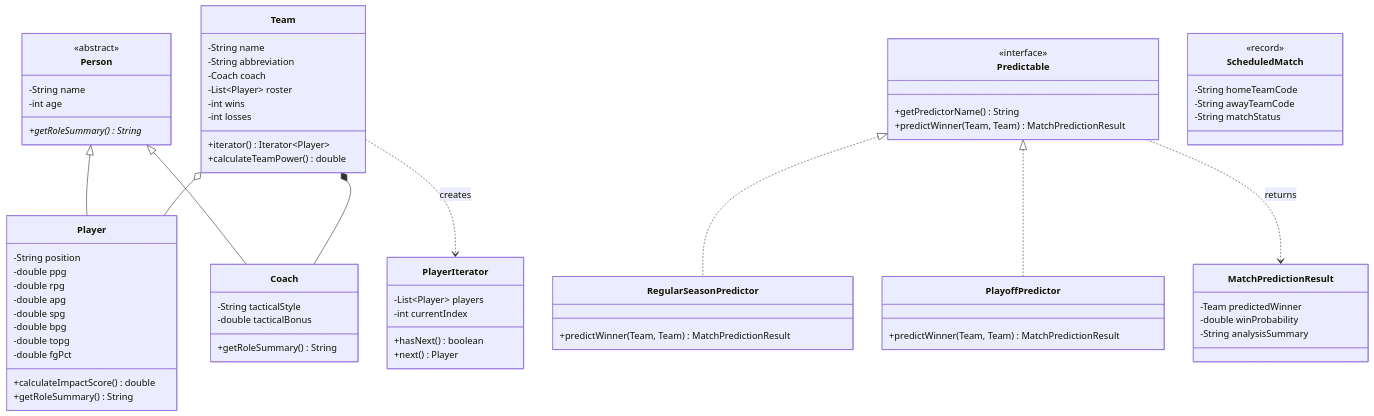
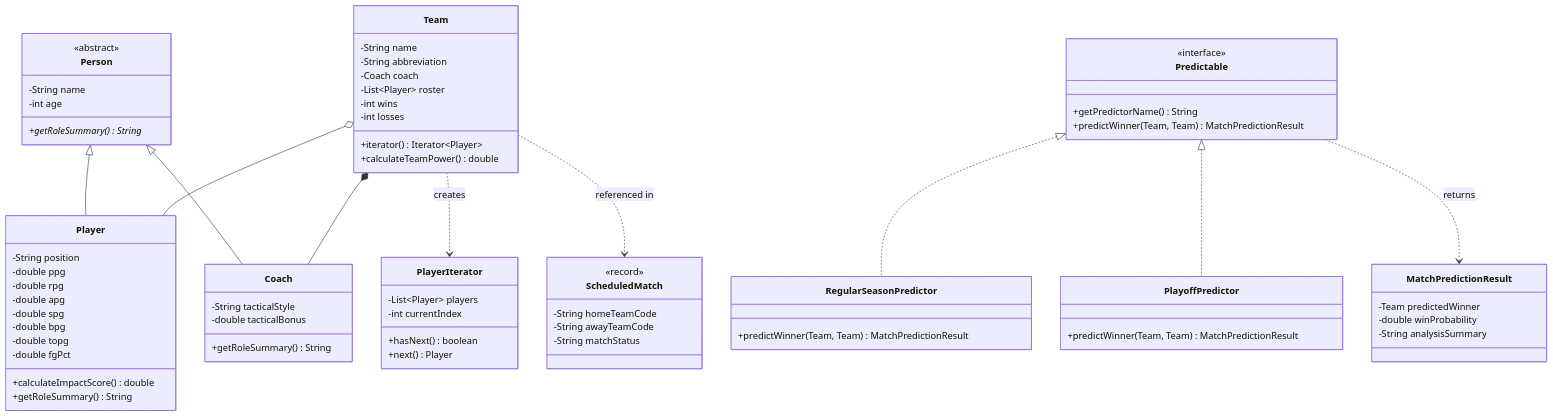
The diagram in README.md (Berkayblgr/nba-oop-match-predictor), drawn with Mermaid before and after one commit. The commit also changed other lines of this file, not shown here.

Commit message:
docs: update project structure tree und UML diagram in README

````diff
--- a/README.md
+++ b/README.md
@@ -18,73 +18,74 @@
 ```mermaid
 classDiagram
     class Person {
         <<abstract>>
         -String name
         -int age
         +getRoleSummary()* String
     }
     class Player {
         -String position
         -double ppg
         -double rpg
         -double apg
         -double spg
         -double bpg
         -double topg
         -double fgPct
         +calculateImpactScore() double
         +getRoleSummary() String
     }
     class Coach {
         -String tacticalStyle
         -double tacticalBonus
         +getRoleSummary() String
     }
     class Team {
         -String name
         -String abbreviation
         -Coach coach
         -List~Player~ roster
         -int wins
         -int losses
         +iterator() Iterator~Player~
         +calculateTeamPower() double
     }
     class PlayerIterator {
         -List~Player~ players
         -int currentIndex
         +hasNext() boolean
         +next() Player
     }
     class Predictable {
         <<interface>>
         +getPredictorName() String
         +predictWinner(Team, Team) MatchPredictionResult
     }
     class RegularSeasonPredictor {
         +predictWinner(Team, Team) MatchPredictionResult
     }
     class PlayoffPredictor {
         +predictWinner(Team, Team) MatchPredictionResult
     }
     class MatchPredictionResult {
         -Team predictedWinner
         -double winProbability
         -String analysisSummary
     }
     class ScheduledMatch {
         <<record>>
         -String homeTeamCode
         -String awayTeamCode
         -String matchStatus
     }
 
     Person <|-- Player
     Person <|-- Coach
     Team *-- Coach
     Team o-- Player
     Team ..> PlayerIterator : creates
     Predictable <|.. RegularSeasonPredictor
     Predictable <|.. PlayoffPredictor
     Predictable ..> MatchPredictionResult : returns
+    Team ..> ScheduledMatch : referenced in
 ```
````
